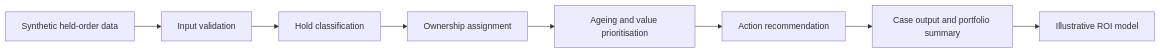
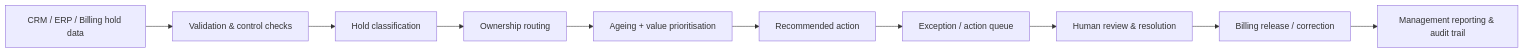
The first of 2 diagrams in README.md (Abhidubey310/billing-and-revenue-hold-management-platform), drawn with Mermaid before and after one commit. The commit also changed other lines of this file, not shown here.

Commit message:
Upgrade billing hold portfolio case study

````diff
--- a/README.md
+++ b/README.md
@@ -44,10 +58,12 @@
 ```mermaid
 flowchart LR
-    A[Synthetic held-order data] --> B[Input validation]
+    A[CRM / ERP / Billing hold data] --> B[Validation & control checks]
     B --> C[Hold classification]
-    C --> D[Ownership assignment]
-    D --> E[Ageing and value prioritisation]
-    E --> F[Action recommendation]
-    F --> G[Case output and portfolio summary]
-    G --> H[Illustrative ROI model]
+    C --> D[Ownership routing]
+    D --> E[Ageing + value prioritisation]
+    E --> F[Recommended action]
+    F --> G[Exception / action queue]
+    G --> H[Human review & resolution]
+    H --> I[Billing release / correction]
+    I --> J[Management reporting & audit trail]
 ```
````
